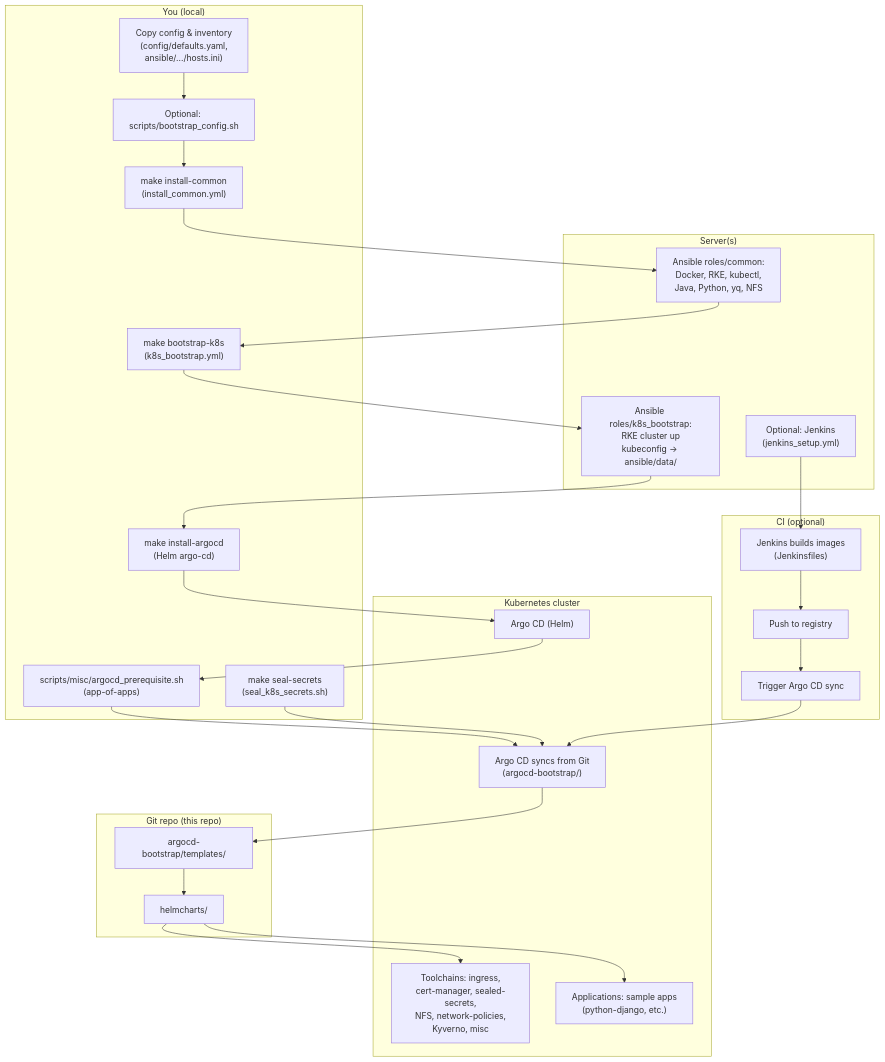
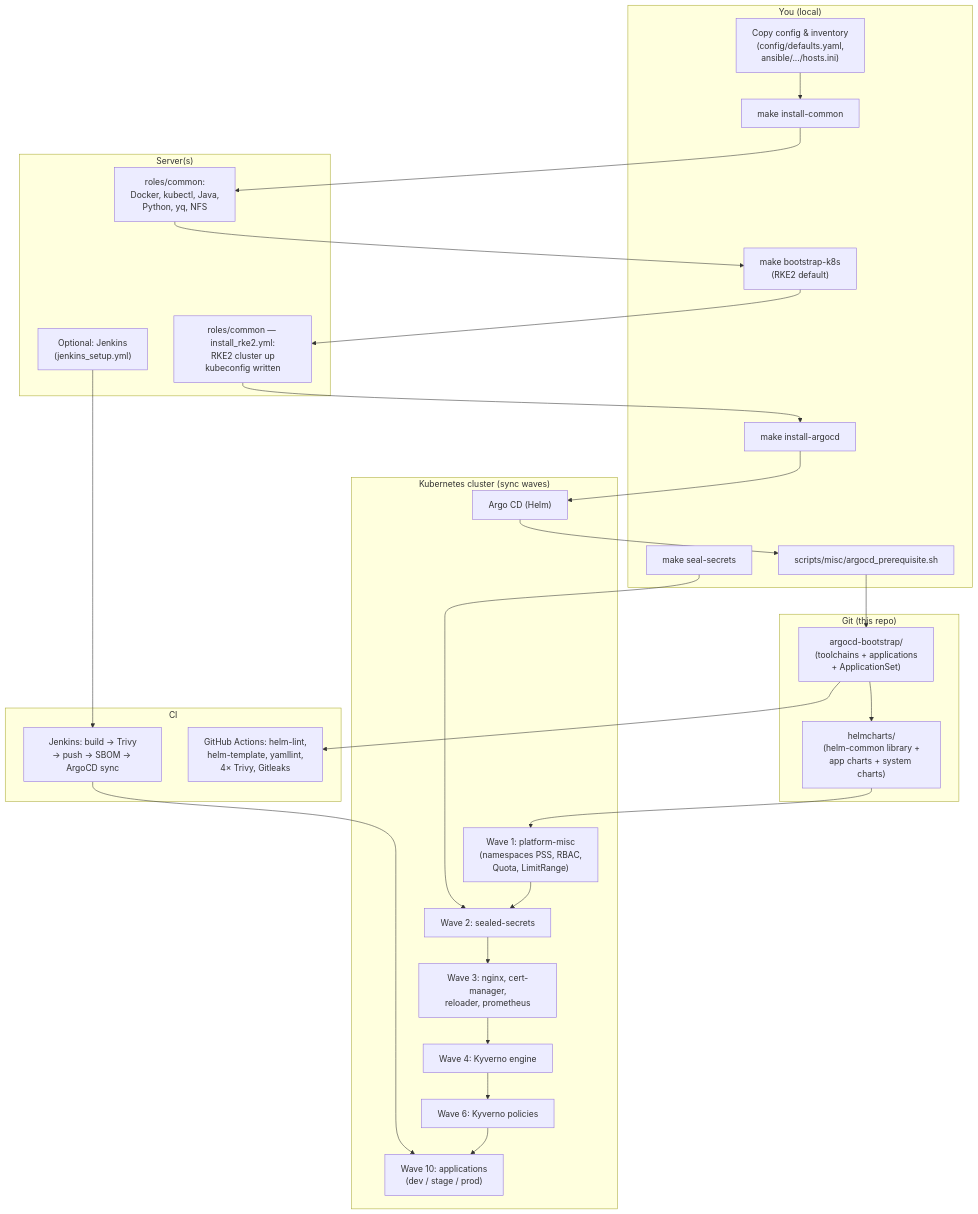
The diagram in docs/FEATURES.md (SritharanK/sk-k8s-devops-bootstrap), drawn with Mermaid before and after one commit. The commit also changed other lines of this file and 1 other file, not shown here.

First line of the commit message:
docs: sync FEATURES.md and README with all improvements (#49)

````diff
--- a/docs/FEATURES.md
+++ b/docs/FEATURES.md
@@ -46,55 +54,44 @@
 ```mermaid
 flowchart TB
   subgraph You["You (local)"]
     A1["Copy config & inventory\n(config/defaults.yaml,\nansible/.../hosts.ini)"]
-    A2["Optional: scripts/bootstrap_config.sh"]
-    A3["make install-common\n(install_common.yml)"]
-    A4["make bootstrap-k8s\n(k8s_bootstrap.yml)"]
-    A5["make install-argocd\n(Helm argo-cd)"]
-    A6["scripts/misc/argocd_prerequisite.sh\n(app-of-apps)"]
-    A7["make seal-secrets\n(seal_k8s_secrets.sh)"]
+    A3["make install-common"]
+    A4["make bootstrap-k8s\n(RKE2 default)"]
+    A5["make install-argocd"]
+    A6["scripts/misc/argocd_prerequisite.sh"]
+    A7["make seal-secrets"]
   end
 
   subgraph Servers["Server(s)"]
-    B1["Ansible roles/common:\nDocker, RKE, kubectl,\nJava, Python, yq, NFS"]
-    B2["Ansible roles/k8s_bootstrap:\nRKE cluster up\nkubeconfig → ansible/data/"]
+    B1["roles/common:\nDocker, kubectl, Java,\nPython, yq, NFS"]
+    B2["roles/common — install_rke2.yml:\nRKE2 cluster up\nkubeconfig written"]
     B3["Optional: Jenkins\n(jenkins_setup.yml)"]
   end
 
-  subgraph Cluster["Kubernetes cluster"]
+  subgraph Cluster["Kubernetes cluster (sync waves)"]
     C1["Argo CD (Helm)"]
-    C2["Argo CD syncs from Git\n(argocd-bootstrap/)"]
-    C3["Toolchains: ingress,\ncert-manager, sealed-secrets,\nNFS, network-policies,\nKyverno, misc"]
-    C4["Applications: sample apps\n(python-django, etc.)"]
+    C2["Wave 1: platform-misc\n(namespaces PSS, RBAC,\nQuota, LimitRange)"]
+    C3["Wave 2: sealed-secrets"]
+    C4["Wave 3: nginx, cert-manager,\nreloader, prometheus"]
+    C5["Wave 4: Kyverno engine"]
+    C6["Wave 6: Kyverno policies"]
+    C7["Wave 10: applications\n(dev / stage / prod)"]
   end
 
-  subgraph Git["Git repo (this repo)"]
-    G1["argocd-bootstrap/templates/"]
-    G2["helmcharts/"]
+  subgraph Git["Git (this repo)"]
+    G1["argocd-bootstrap/\n(toolchains + applications\n+ ApplicationSet)"]
+    G2["helmcharts/\n(helm-common library +\napp charts + system charts)"]
   end
 
-  subgraph CI["CI (optional)"]
-    J1["Jenkins builds images\n(Jenkinsfiles)"]
-    J2["Push to registry"]
-    J3["Trigger Argo CD sync"]
+  subgraph CI["CI"]
+    J1["Jenkins: build → Trivy\n→ push → SBOM → ArgoCD sync"]
+    J2["GitHub Actions: helm-lint,\nhelm-template, yamllint,\n4× Trivy, Gitleaks"]
   end
 
-  A1 --> A2
-  A2 --> A3
-  A3 --> B1
-  B1 --> A4
-  A4 --> B2
-  B2 --> A5
-  A5 --> C1
-  C1 --> A6
-  A6 --> C2
-  C2 --> G1
-  G1 --> G2
-  G2 --> C3
-  G2 --> C4
-  A7 --> C2
-  B3 --> J1
-  J1 --> J2
-  J2 --> J3
-  J3 --> C2
+  A1 --> A3 --> B1 --> A4 --> B2 --> A5 --> C1
+  C1 --> A6 --> G1 --> G2
+  G2 --> C2 --> C3 --> C4 --> C5 --> C6 --> C7
+  A7 --> C3
+  B3 --> J1 --> C7
+  G1 --> J2
 ```
````
